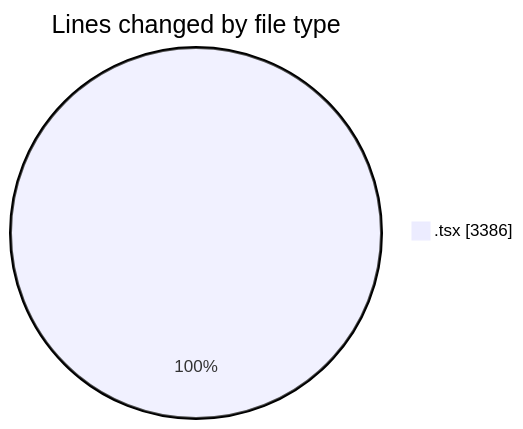
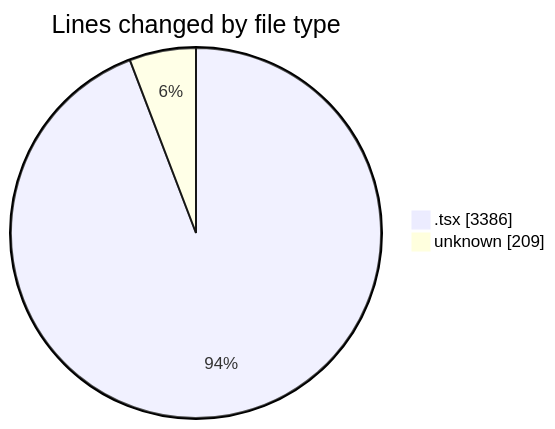
The first of 2 diagrams in 2025-06-20/archive/README.md (JenPaints/code-tracking), drawn with Mermaid before and after one commit. The commit also changed other lines of this file and 1 other file, not shown here.

````diff
--- a/2025-06-20/archive/README.md
+++ b/2025-06-20/archive/README.md
@@ -29,5 +30,6 @@
 ```mermaid
 pie showData
 title Lines changed by file type
 ".tsx" : 3386
+"unknown" : 209
 ```
````
